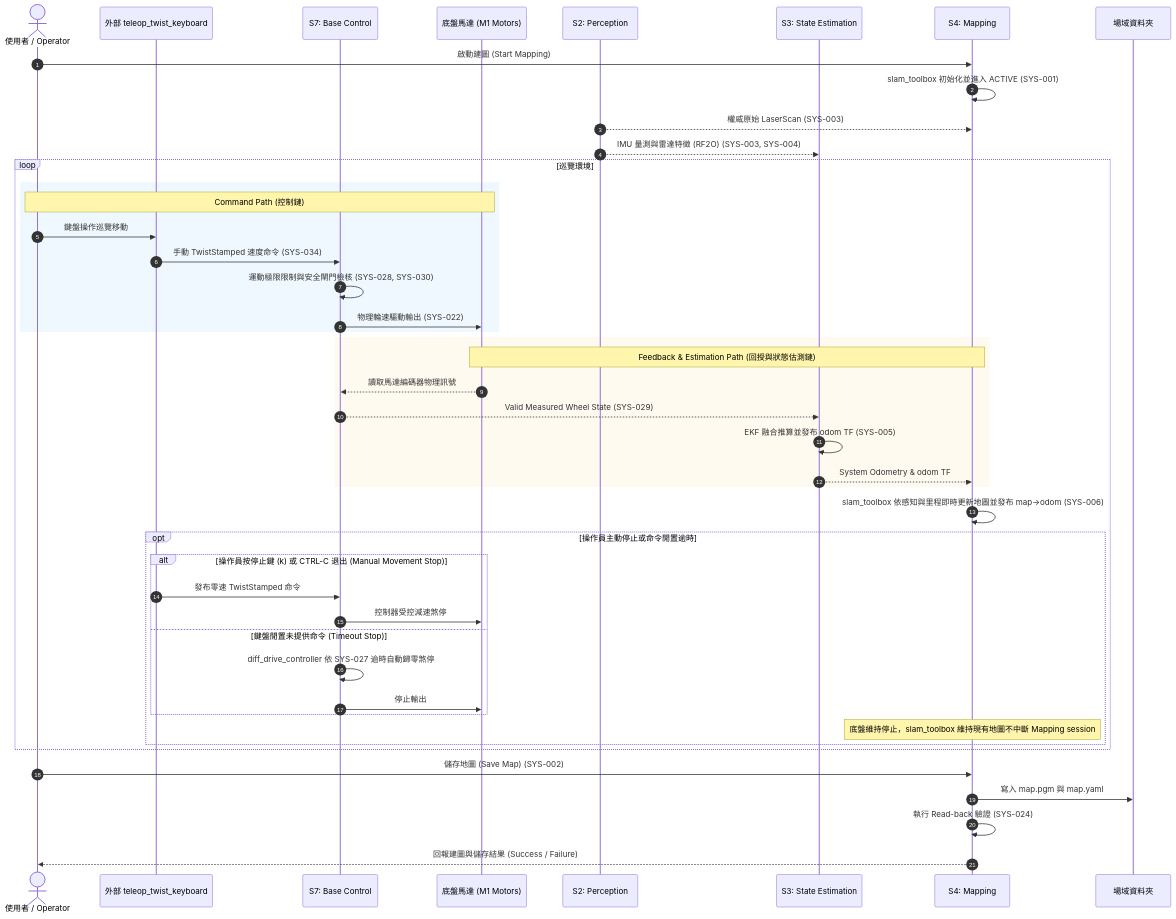
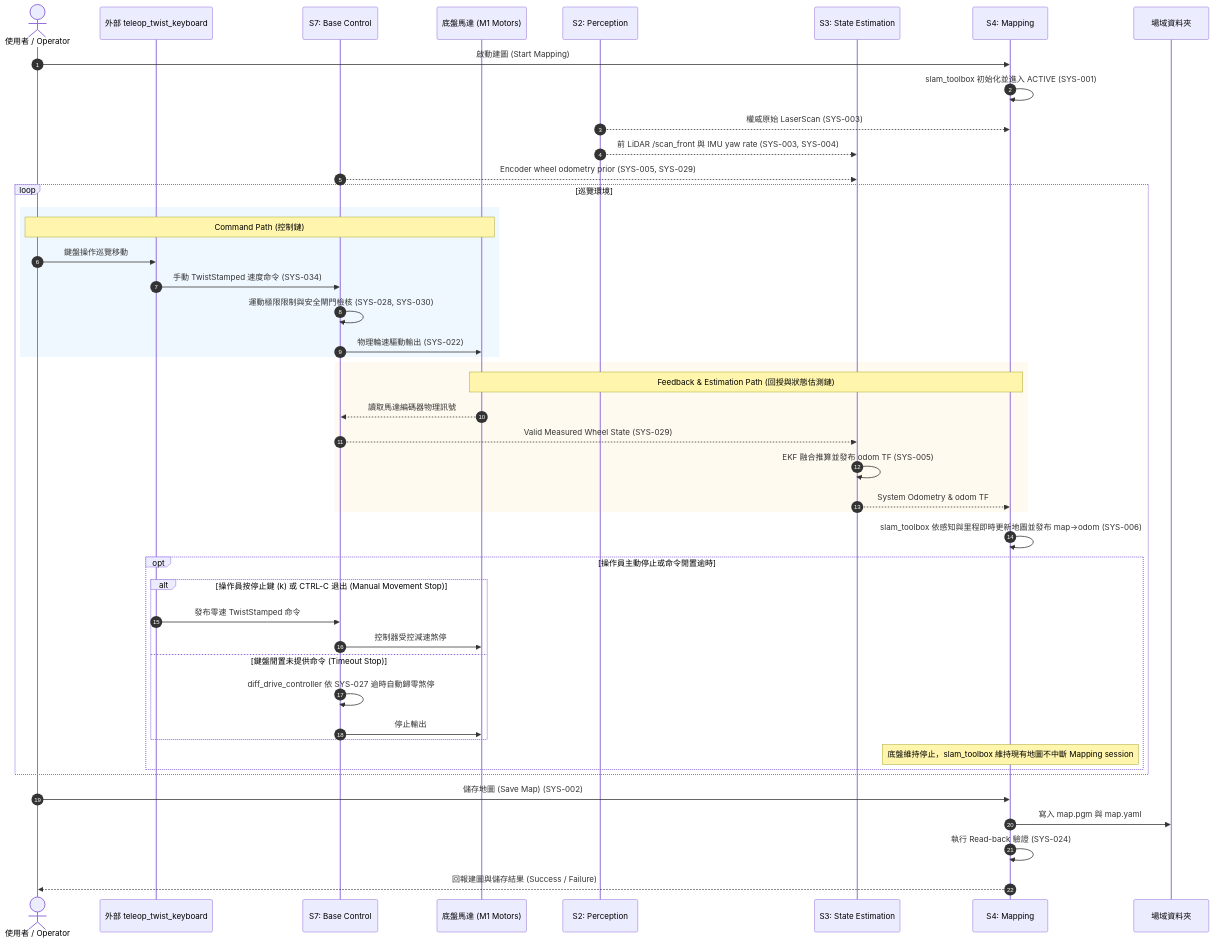
The second of 4 diagrams in docs/05_architecture.md (monkey30440/mobile_base), drawn with Mermaid before and after one commit. The commit also changed other lines of this file and 46 other files, not shown here.

````diff
--- a/docs/05_architecture.md
+++ b/docs/05_architecture.md
@@ -353,53 +353,54 @@
 ```mermaid
 sequenceDiagram
     autonumber
     actor User as 使用者 / Operator
     participant Teleop as 外部 teleop_twist_keyboard
     participant S7 as S7: Base Control
     participant M1 as 底盤馬達 (M1 Motors)
     participant S2 as S2: Perception
     participant S3 as S3: State Estimation
     participant S4 as S4: Mapping
     participant Site as 場域資料夾
 
     User->>S4: 啟動建圖 (Start Mapping)
     S4->>S4: slam_toolbox 初始化並進入 ACTIVE (SYS-001)
     S2-->>S4: 權威原始 LaserScan (SYS-003)
-    S2-->>S3: IMU 量測與雷達特徵 (RF2O) (SYS-003, SYS-004)
+    S2-->>S3: 前 LiDAR /scan_front 與 IMU yaw rate (SYS-003, SYS-004)
+    S7-->>S3: Encoder wheel odometry prior (SYS-005, SYS-029)
 
     loop 巡覽環境
         rect rgb(240, 248, 255)
             Note over User,M1: Command Path (控制鏈)
             User->>Teleop: 鍵盤操作巡覽移動
             Teleop->>S7: 手動 TwistStamped 速度命令 (SYS-034)
             S7->>S7: 運動極限限制與安全閘門檢核 (SYS-028, SYS-030)
             S7->>M1: 物理輪速驅動輸出 (SYS-022)
         end
 
         rect rgb(255, 250, 240)
             Note over M1,S4: Feedback & Estimation Path (回授與狀態估測鏈)
             M1-->>S7: 讀取馬達編碼器物理訊號
             S7-->>S3: Valid Measured Wheel State (SYS-029)
             S3->>S3: EKF 融合推算並發布 odom TF (SYS-005)
             S3-->>S4: System Odometry & odom TF
         end
 
         S4->>S4: slam_toolbox 依感知與里程即時更新地圖並發布 map→odom (SYS-006)
 
         opt 操作員主動停止或命令閒置逾時
             alt 操作員按停止鍵 (k) 或 CTRL-C 退出 (Manual Movement Stop)
                 Teleop->>S7: 發布零速 TwistStamped 命令
                 S7->>M1: 控制器受控減速煞停
             else 鍵盤閒置未提供命令 (Timeout Stop)
                 S7->>S7: diff_drive_controller 依 SYS-027 逾時自動歸零煞停
                 S7->>M1: 停止輸出
             end
             Note over S4: 底盤維持停止，slam_toolbox 維持現有地圖不中斷 Mapping session
         end
     end
 
     User->>S4: 儲存地圖 (Save Map) (SYS-002)
     S4->>Site: 寫入 map.pgm 與 map.yaml
     S4->>S4: 執行 Read-back 驗證 (SYS-024)
     S4-->>User: 回報建圖與儲存結果 (Success / Failure)
 ```
````
